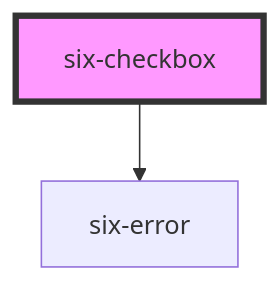
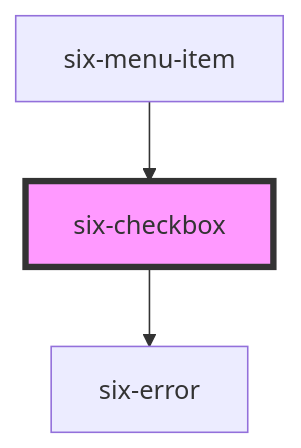
Before and after one commit to six-group/six-webcomponents: the diagram in libraries/ui-library/src/components/six-checkbox/readme.md, drawn with Mermaid. The commit also changed other lines of this file and 129 other files, not shown here.

````diff
--- a/libraries/ui-library/src/components/six-checkbox/readme.md
+++ b/libraries/ui-library/src/components/six-checkbox/readme.md
@@ -82,5 +92,6 @@
 ```mermaid
 graph TD;
   six-checkbox --> six-error
+  six-menu-item --> six-checkbox
   style six-checkbox fill:#f9f,stroke:#333,stroke-width:4px
 ```
````
